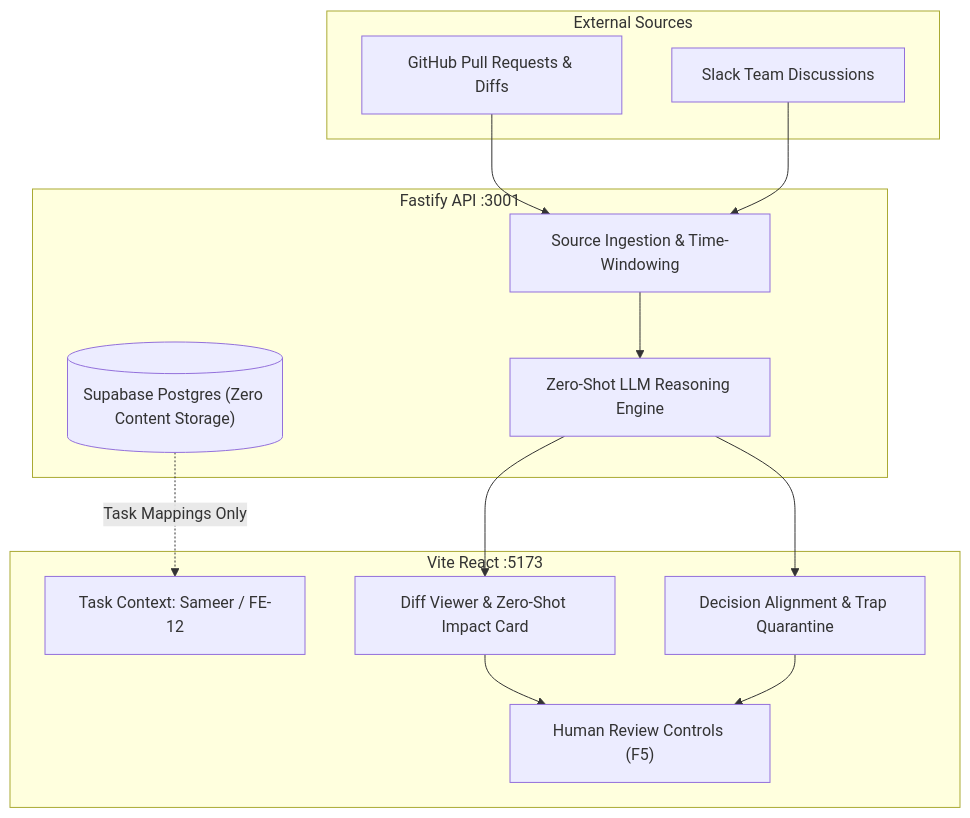
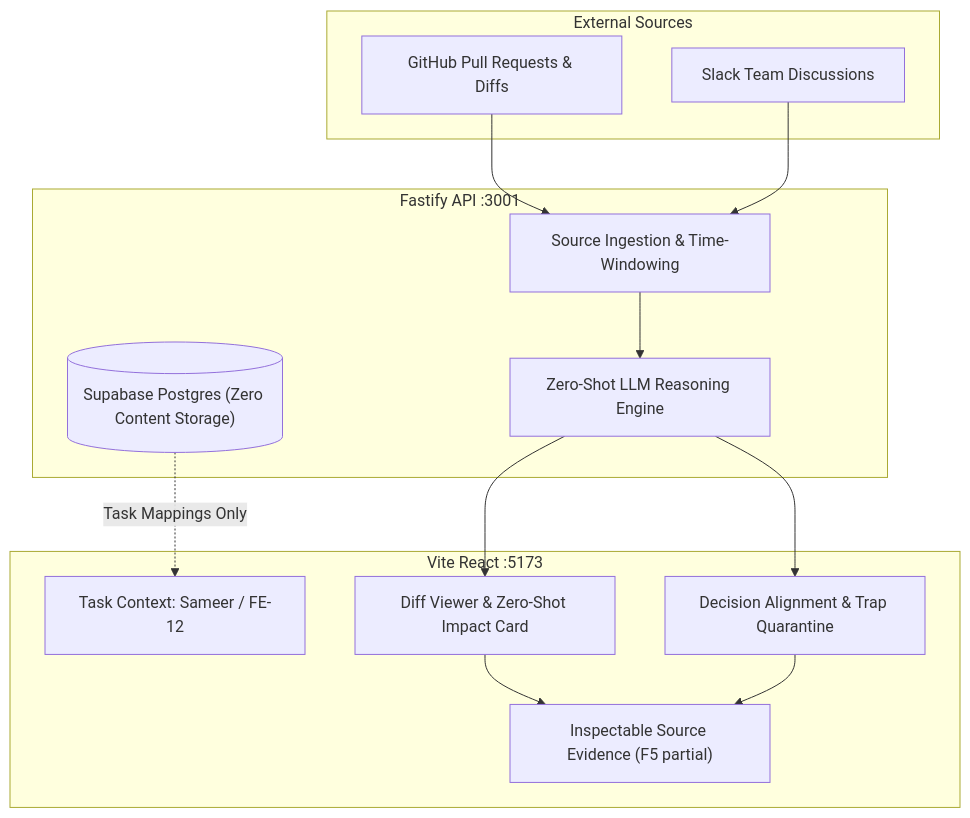
Before and after one commit to aditya1165/InSync: the diagram in README.md, drawn with Mermaid. The commit also changed other lines of this file and 18 other files, not shown here.

````diff
--- a/README.md
+++ b/README.md
@@ -20,29 +20,29 @@
 ```mermaid
 graph TD
     subgraph External Sources
         GH["GitHub Pull Requests & Diffs"]
         SL["Slack Team Discussions"]
     end
 
     subgraph InSync Backend ["Fastify API :3001"]
         ING["Source Ingestion & Time-Windowing"]
         ZS["Zero-Shot LLM Reasoning Engine"]
         DB[("Supabase Postgres (Zero Content Storage)")]
     end
 
     subgraph Frontend Client ["Vite React :5173"]
         TS["Task Context: Sameer / FE-12"]
         IMP["Diff Viewer & Zero-Shot Impact Card"]
         DEC["Decision Alignment & Trap Quarantine"]
-        REV["Human Review Controls (F5)"]
+        REV["Inspectable Source Evidence (F5 partial)"]
     end
 
     GH --> ING
     SL --> ING
     ING --> ZS
     DB -.->|Task Mappings Only| TS
     ZS --> IMP
     ZS --> DEC
     IMP --> REV
     DEC --> REV
 ```
````
